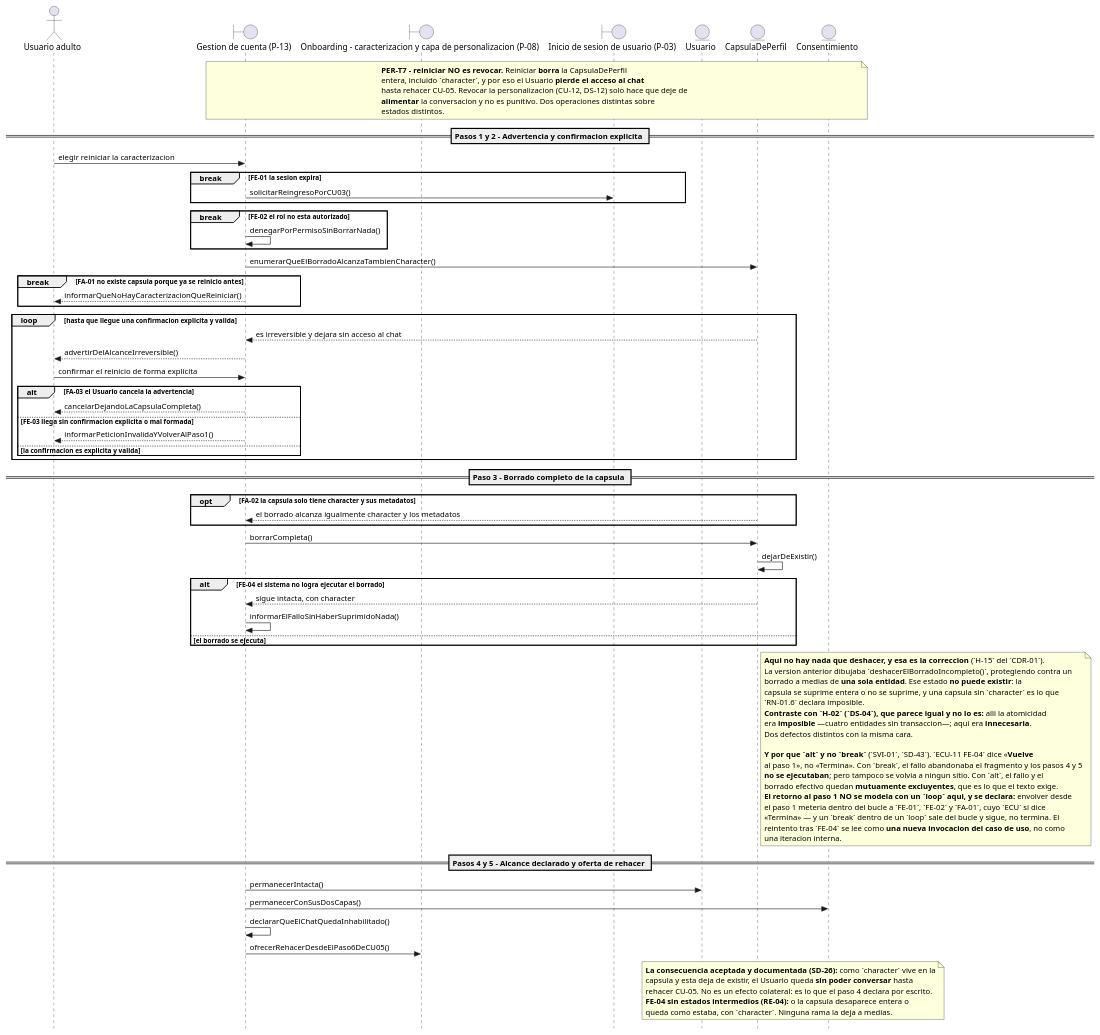
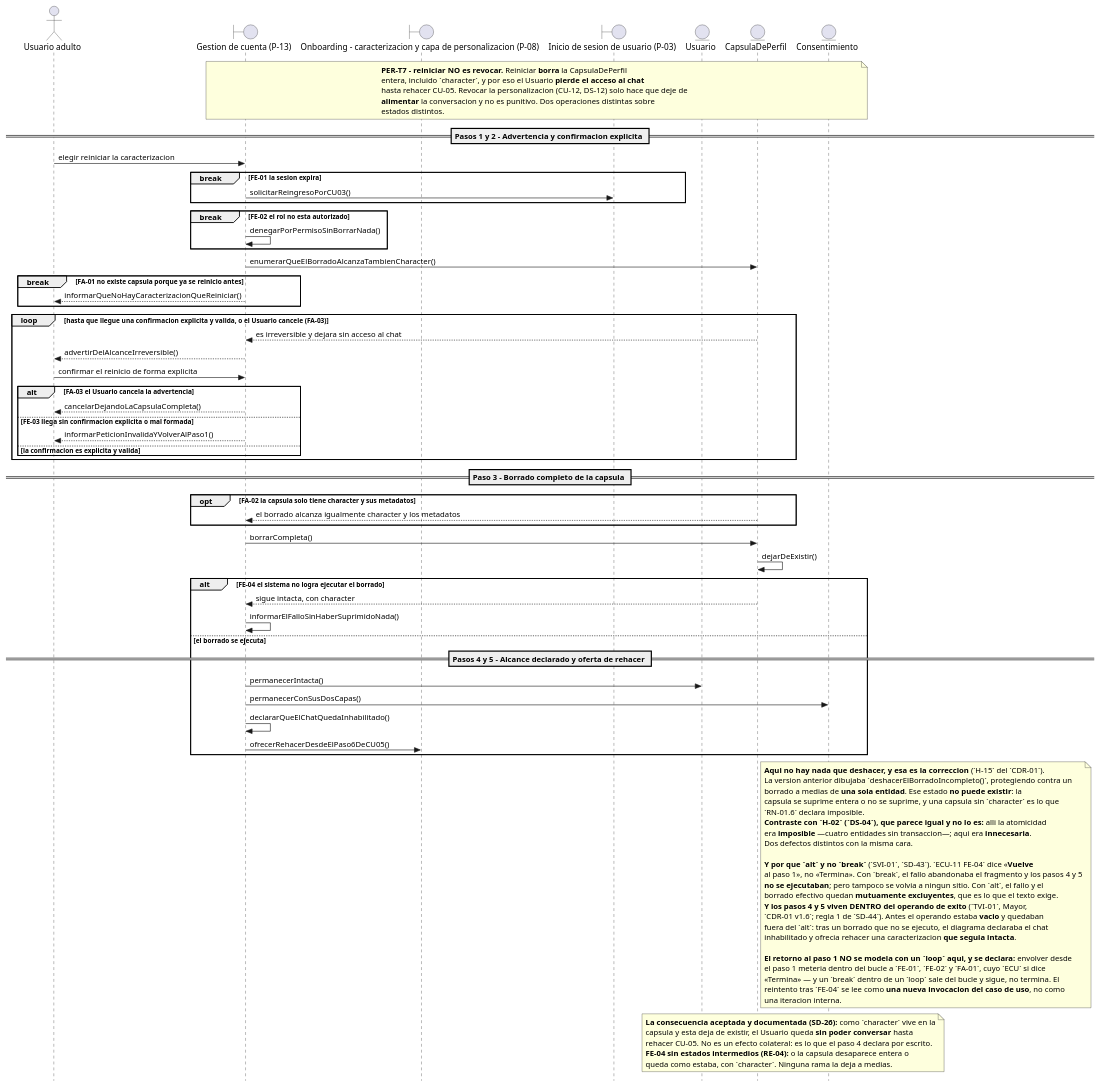
Before and after one commit to jonatan8254/alan-aura-academico: the diagram in docs/07_casos_uso/secuencia/puml/DS-11_secuencia_reiniciar_la_caracterizacion.puml, drawn with PlantUML. The commit also changed 34 other files, not shown here.

```diff
--- a/docs/07_casos_uso/secuencia/puml/DS-11_secuencia_reiniciar_la_caracterizacion.puml
+++ b/docs/07_casos_uso/secuencia/puml/DS-11_secuencia_reiniciar_la_caracterizacion.puml
@@ -1,126 +1,142 @@
 @startuml
 ' DS-11 - Secuencia de CU-11 «Reiniciar la caracterizacion»
+' v1.4 (TVI-01/03/04 del CDR-01 v1.6, SD-44): TVI-01: los pasos 4 y 5 pasan DENTRO del operando de exito de FE-04; la guarda nombra FA-03.
+'       CONVENCION SD-44 — R1: el sufijo de exito vive DENTRO de su operando.
+'       R2: un break dentro de un loop solo vale si lo que sigue al bucle es
+'       limpieza comun. R3: el punto de reentrada es normativo en la ECU y
+'       verificable en el CP; el diagrama NO lo dibuja. R4: la guarda nombra
+'       todas las salidas del bucle. Lo comprueba barrido_desenlaces.py.
 ' v1.3 (SVI-01 del CDR-01 v1.5, SD-43): FA-03 y FE-03 a `alt` dentro de un `loop`, y FE-04 a `alt` (ECU-11: los tres «Vuelve»).
 '       Tercer intento sobre la misma rama, y el primero que lee el DESENLACE de la
 '       ECU en vez de la categoria del flujo. `break` abandonaba; `opt` caia al exito;
 '       `break` otra vez (SD-41) se restauro alegando que la ECU decia «Termina», lo
-'       cual es FALSO. Ahora `loop` + `alt`: el alt excluye, el loop realiza el retorno.
-'       Los break legitimos quedan FUERA del loop a proposito: dentro saldrian del
+'       cual es FALSO. Y `loop` + `alt` (SD-43) tampoco bastaba: la TERCERA verificacion
+'       (TVI-01/02, CDR-01 v1.6) mostro que el operando de exito quedaba VACIO y la
+'       continuacion FUERA del alt, asi que el sufijo de exito se ejecutaba igual.
+'       SD-44 fija la convencion: el sufijo de exito vive DENTRO de su operando, y el
+'       punto exacto de reentrada es normativo en la ECU y verificable en el CP — el
+'       diagrama NO pretende dibujarlo. Los break legitimos quedan fuera del loop; dentro
+'       saldrian del
 '       bucle y seguirian ejecutando, en vez de terminar.
 ' v1.2 (VI-01 del CDR-01 v1.4, SD-41): FA-03, FE-03 y FE-04 vuelven de opt a BREAK.
 '       Criterio: estan a profundidad 0 —el fragmento envolvente es la interaccion
 '       entera— y su fila de ECU declara que el remanente NO se ejecuta. En UML 2.5
 '       `break` ejecuta su operando EN LUGAR DEL RESTO: es esa semantica exacta.
 '       `opt` solo saltaba su cuerpo y el flujo caia al exito.
 '       Consecuencia declarada: para estos casos el `break` ORIGINAL era correcto y
 '       esa parte de H-01 fue un falso positivo. Ver DS-00 §12.
 ' v1.1 (CDR-01): H-01 — FA-03, FE-03 y FE-04 pasan de break a opt.
 '       H-15 — FE-04 deja de deshacer un borrado parcial que sobre UNA entidad no puede existir.
 ' v1.0 (fase de diseno detallado, ICONIX paso 6)
 ' Insumos: DR-11 v2.0 (11 controladores), ECU-11 v2.0, MD-01 v1.4, DCU-01 v2.1,
 '          DIS-00 (P-13; destinos P-08, P-03), PER-01 v1.2 (PER-T7), RN-01.6.
 ' Capa de infraestructura: NO EJECUTADA por decision declarada (E-1 de DS-00).
 
 skinparam style strictuml
 skinparam shadowing false
 skinparam responseMessageBelowArrow true
 
 actor "Usuario adulto" as ACT_Usuario
 boundary "Gestion de cuenta (P-13)" as B_PaginaGestionCuenta
 boundary "Onboarding - caracterizacion y capa de personalizacion (P-08)" as B_PantallaCaracterizacion
 boundary "Inicio de sesion de usuario (P-03)" as B_PaginaInicioSesion
 entity "Usuario" as E_Usuario
 entity "CapsulaDePerfil" as E_CapsulaDePerfil
 entity "Consentimiento" as E_Consentimiento
 
 note over B_PaginaGestionCuenta, E_Consentimiento
   <b>PER-T7 - reiniciar NO es revocar.</b> Reiniciar <b>borra</b> la CapsulaDePerfil
   entera, incluido `character`, y por eso el Usuario <b>pierde el acceso al chat</b>
   hasta rehacer CU-05. Revocar la personalizacion (CU-12, DS-12) solo hace que deje de
   <b>alimentar</b> la conversacion y no es punitivo. Dos operaciones distintas sobre
   estados distintos.
 end note
 
 == Pasos 1 y 2 - Advertencia y confirmacion explicita ==
 
 ACT_Usuario -> B_PaginaGestionCuenta : elegir reiniciar la caracterizacion
 
 break FE-01 la sesion expira
   B_PaginaGestionCuenta -> B_PaginaInicioSesion : solicitarReingresoPorCU03()
 end
 
 break FE-02 el rol no esta autorizado
   B_PaginaGestionCuenta -> B_PaginaGestionCuenta : denegarPorPermisoSinBorrarNada()
 end
 
 B_PaginaGestionCuenta -> E_CapsulaDePerfil : enumerarQueElBorradoAlcanzaTambienCharacter()
 
 break FA-01 no existe capsula porque ya se reinicio antes
   B_PaginaGestionCuenta --> ACT_Usuario : informarQueNoHayCaracterizacionQueReiniciar()
 end
 
-loop hasta que llegue una confirmacion explicita y valida
+loop hasta que llegue una confirmacion explicita y valida, o el Usuario cancele (FA-03)
   E_CapsulaDePerfil --> B_PaginaGestionCuenta : es irreversible y dejara sin acceso al chat
   B_PaginaGestionCuenta --> ACT_Usuario : advertirDelAlcanceIrreversible()
   ACT_Usuario -> B_PaginaGestionCuenta : confirmar el reinicio de forma explicita
 
   alt FA-03 el Usuario cancela la advertencia
     B_PaginaGestionCuenta --> ACT_Usuario : cancelarDejandoLaCapsulaCompleta()
   else FE-03 llega sin confirmacion explicita o mal formada
     B_PaginaGestionCuenta --> ACT_Usuario : informarPeticionInvalidaYVolverAlPaso1()
   else la confirmacion es explicita y valida
   end
 end
 
 == Paso 3 - Borrado completo de la capsula ==
 
 opt FA-02 la capsula solo tiene character y sus metadatos
   E_CapsulaDePerfil --> B_PaginaGestionCuenta : el borrado alcanza igualmente character y los metadatos
 end
 
 B_PaginaGestionCuenta -> E_CapsulaDePerfil : borrarCompleta()
 E_CapsulaDePerfil -> E_CapsulaDePerfil : dejarDeExistir()
 
 alt FE-04 el sistema no logra ejecutar el borrado
   E_CapsulaDePerfil --> B_PaginaGestionCuenta : sigue intacta, con character
   B_PaginaGestionCuenta -> B_PaginaGestionCuenta : informarElFalloSinHaberSuprimidoNada()
 else el borrado se ejecuta
+
+  == Pasos 4 y 5 - Alcance declarado y oferta de rehacer ==
+
+  B_PaginaGestionCuenta -> E_Usuario : permanecerIntacta()
+  B_PaginaGestionCuenta -> E_Consentimiento : permanecerConSusDosCapas()
+  B_PaginaGestionCuenta -> B_PaginaGestionCuenta : declararQueElChatQuedaInhabilitado()
+  B_PaginaGestionCuenta -> B_PantallaCaracterizacion : ofrecerRehacerDesdeElPaso6DeCU05()
 end
 
 note right of E_CapsulaDePerfil
   <b>Aqui no hay nada que deshacer, y esa es la correccion</b> (`H-15` del `CDR-01`).
   La version anterior dibujaba `deshacerElBorradoIncompleto()`, protegiendo contra un
   borrado a medias de <b>una sola entidad</b>. Ese estado <b>no puede existir</b>: la
   capsula se suprime entera o no se suprime, y una capsula sin `character` es lo que
   `RN-01.6` declara imposible.
   <b>Contraste con `H-02` (`DS-04`), que parece igual y no lo es:</b> alli la atomicidad
   era <b>imposible</b> —cuatro entidades sin transaccion—; aqui era <b>innecesaria</b>.
   Dos defectos distintos con la misma cara.
 
   <b>Y por que `alt` y no `break`</b> (`SVI-01`, `SD-43`). `ECU-11 FE-04` dice «<b>Vuelve</b>
   al paso 1», no «Termina». Con `break`, el fallo abandonaba el fragmento y los pasos 4 y 5
   <b>no se ejecutaban</b>; pero tampoco se volvia a ningun sitio. Con `alt`, el fallo y el
   borrado efectivo quedan <b>mutuamente excluyentes</b>, que es lo que el texto exige.
+  <b>Y los pasos 4 y 5 viven DENTRO del operando de exito</b> (`TVI-01`, Mayor,
+  `CDR-01 v1.6`; regla 1 de `SD-44`). Antes el operando estaba <b>vacio</b> y quedaban
+  fuera del `alt`: tras un borrado que no se ejecuto, el diagrama declaraba el chat
+  inhabilitado y ofrecia rehacer una caracterizacion <b>que seguia intacta</b>.
+
   <b>El retorno al paso 1 NO se modela con un `loop` aqui, y se declara:</b> envolver desde
   el paso 1 meteria dentro del bucle a `FE-01`, `FE-02` y `FA-01`, cuyo `ECU` si dice
   «Termina» — y un `break` dentro de un `loop` sale del bucle y sigue, no termina. El
   reintento tras `FE-04` se lee como <b>una nueva invocacion del caso de uso</b>, no como
   una iteracion interna.
 end note
-
-== Pasos 4 y 5 - Alcance declarado y oferta de rehacer ==
-
-B_PaginaGestionCuenta -> E_Usuario : permanecerIntacta()
-B_PaginaGestionCuenta -> E_Consentimiento : permanecerConSusDosCapas()
-B_PaginaGestionCuenta -> B_PaginaGestionCuenta : declararQueElChatQuedaInhabilitado()
-B_PaginaGestionCuenta -> B_PantallaCaracterizacion : ofrecerRehacerDesdeElPaso6DeCU05()
 
 note over E_CapsulaDePerfil, E_Consentimiento
   <b>La consecuencia aceptada y documentada (SD-26):</b> como `character` vive en la
   capsula y esta deja de existir, el Usuario queda <b>sin poder conversar</b> hasta
   rehacer CU-05. No es un efecto colateral: es lo que el paso 4 declara por escrito.
   <b>FE-04 sin estados intermedios (RE-04):</b> o la capsula desaparece entera o
   queda como estaba, con `character`. Ninguna rama la deja a medias.
 end note
 
 @enduml
```
